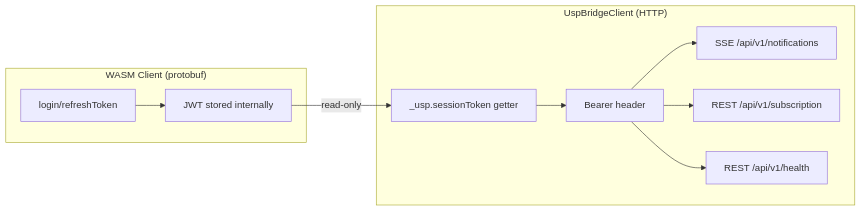
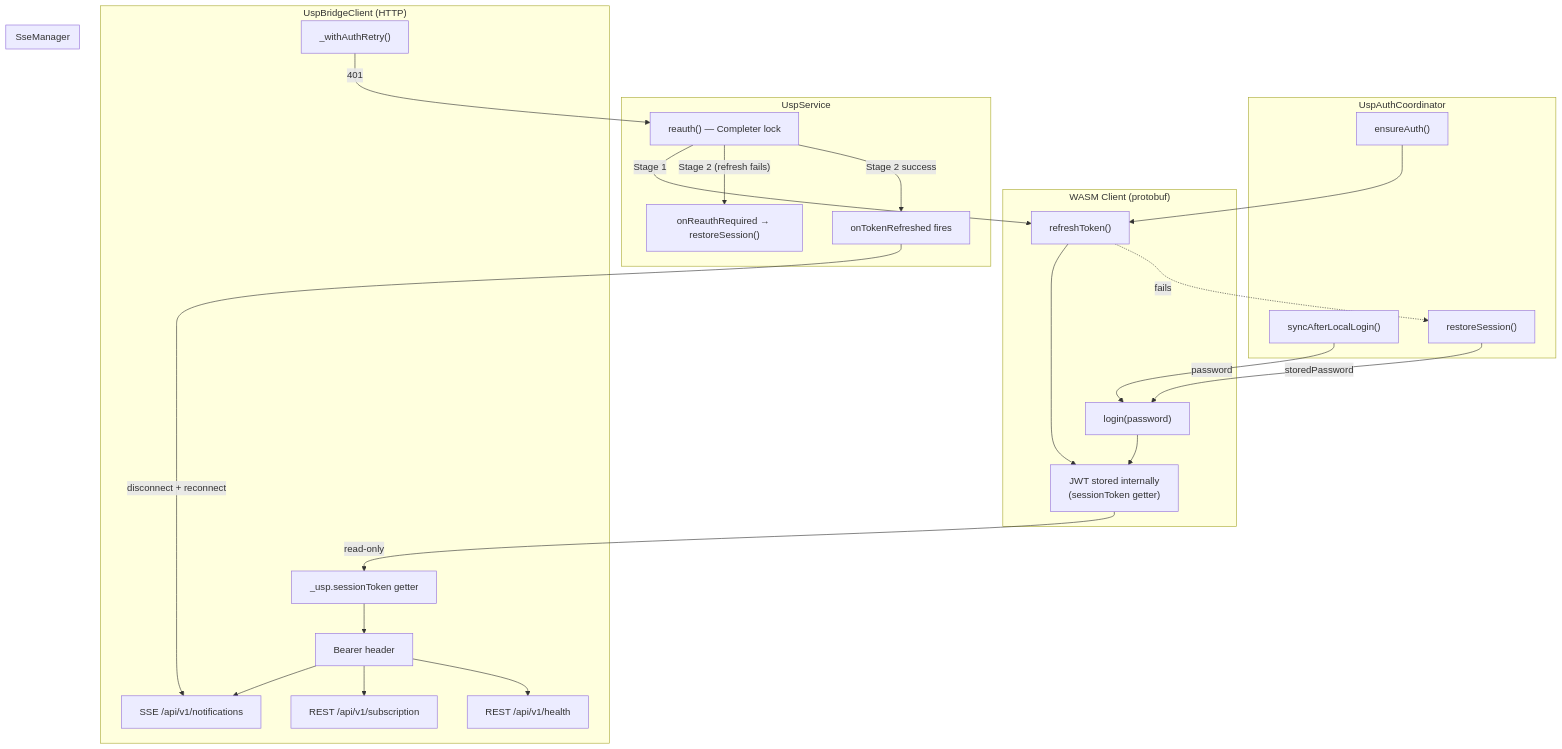
The third of 9 diagrams in doc/usp/integration/sse_implementation.md (linksys/PrivacyGUI), drawn with Mermaid before and after one commit. The commit also changed other lines of this file, not shown here.

Commit message:
docs: update SSE implementation guide with subscription bootstrap & turbo channel

````diff
--- a/doc/usp/integration/sse_implementation.md
+++ b/doc/usp/integration/sse_implementation.md
@@ -64,13 +174,30 @@
 ```mermaid
-graph LR
+graph TD
     subgraph "WASM Client (protobuf)"
-        A[login/refreshToken] --> B[JWT stored internally]
+        A["login(password)"] --> B["JWT stored internally<br/>(sessionToken getter)"]
+        C["refreshToken()"] --> B
+    end
+    subgraph "UspAuthCoordinator"
+        D["syncAfterLocalLogin()"] -->|password| A
+        E["restoreSession()"] -->|storedPassword| A
+        F["ensureAuth()"] --> C
+        C -.->|"fails"| E
+    end
+    subgraph "UspService"
+        G["reauth() — Completer lock"]
+        G -->|"Stage 1"| C
+        G -->|"Stage 2 (refresh fails)"| H["onReauthRequired → restoreSession()"]
+        G -->|"Stage 2 success"| I["onTokenRefreshed fires"]
     end
     subgraph "UspBridgeClient (HTTP)"
-        C[_usp.sessionToken getter] --> D[Bearer header]
-        D --> E[SSE /api/v1/notifications]
-        D --> F[REST /api/v1/subscription]
-        D --> G[REST /api/v1/health]
+        J["_usp.sessionToken getter"] --> K["Bearer header"]
+        K --> L["SSE /api/v1/notifications"]
+        K --> M["REST /api/v1/subscription"]
+        K --> N["REST /api/v1/health"]
+        O["_withAuthRetry()"] -->|"401"| G
     end
-    B -->|"read-only"| C
+    subgraph "SseManager"
+        I -->|"disconnect + reconnect"| L
+    end
+    B -->|"read-only"| J
 ```
````
